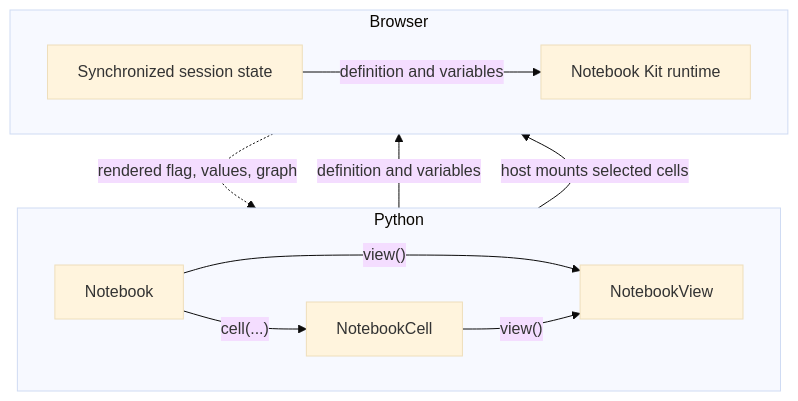
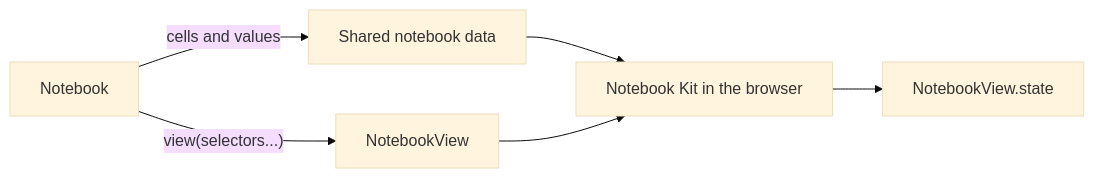
One commit to peter-gy/pyobservablejs changed the diagram in apps/docs/docs/mental-model.mdx. Above: the diagram before and after it, drawn with Mermaid (base theme). The commit also changed other lines of this file and 92 other files, not shown here.

````diff
--- a/apps/docs/docs/mental-model.mdx
+++ b/apps/docs/docs/mental-model.mdx
@@ -37,25 +45,8 @@
 ```mermaid
-flowchart TB
-  subgraph python["Python"]
-    direction LR
-    notebook["Notebook"]
-    cell["NotebookCell"]
-    view["NotebookView"]
-
-    notebook -->|"cell(...)"| cell
-    notebook -->|"view()"| view
-    cell -->|"view()"| view
-  end
-
-  subgraph browser["Browser"]
-    direction LR
-    session["Synchronized session state"]
-    runtime["Notebook Kit runtime"]
-
-    session -->|"definition and variables"| runtime
-  end
-
-  notebook -->|"definition and variables"| session
-  view -->|"host mounts selected cells"| runtime
-  runtime -.->|"rendered flag, values, graph"| view
+flowchart LR
+  notebook["Notebook"] -->|"cells and values"| shared["Shared notebook data"]
+  notebook -->|"view(selectors...)"| view["NotebookView"]
+  shared --> browser["Notebook Kit in the browser"]
+  view --> browser
+  browser --> state["NotebookView.state"]
 ```
````
